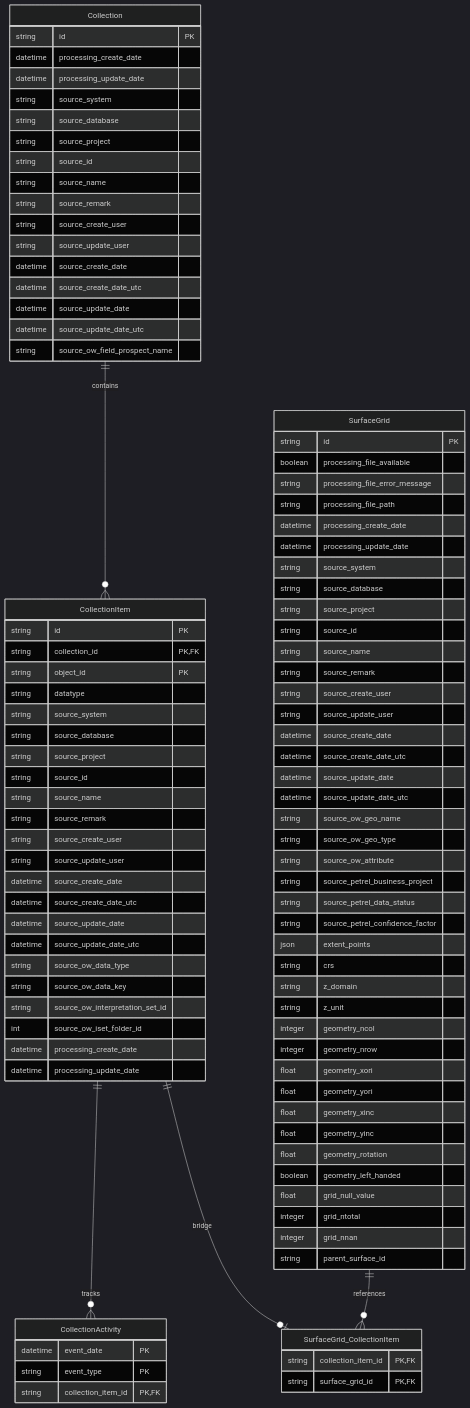
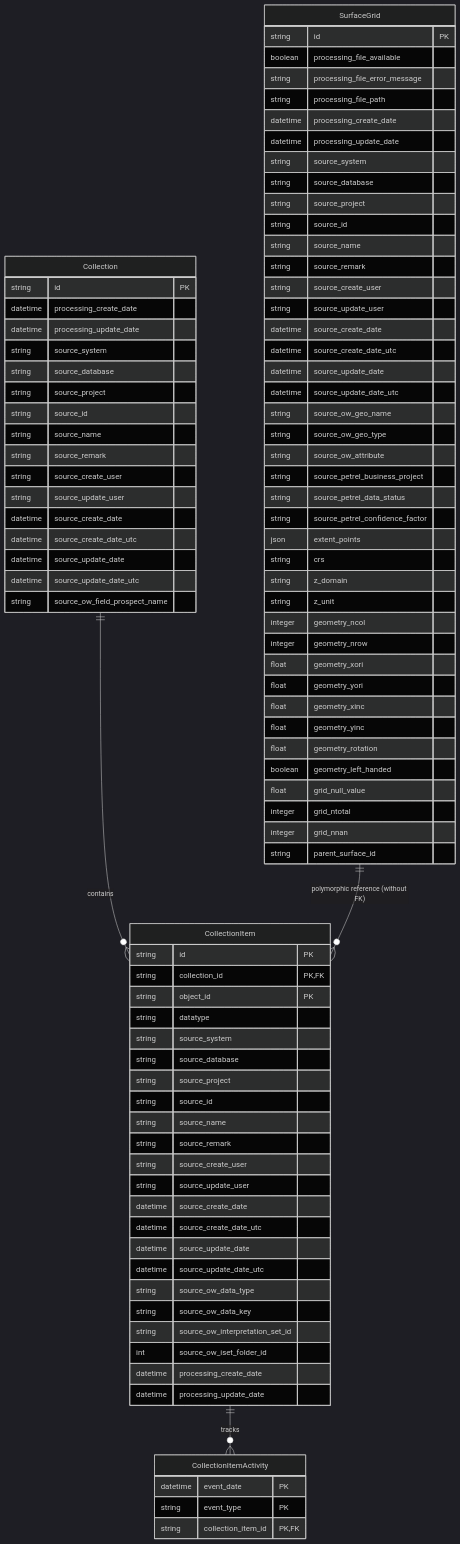
One commit to equinor/interpretation-models changed the diagram in docs/database_model.md. Above: the diagram before and after it, drawn with Mermaid (dark theme). The commit also changed 2 other files, not shown here.

Commit message:
fix: rename CollectionItemActivity (#29)
Renames CollectionActivity to CollectionItemActivity to better reflect the relationship of the table:
Also updates the DB diagram to reflect the removal of the bridge table SurfaceGrid_CollectionItem (keeping a polymorphic relationship between collectionitem and its object tables for each datatype)

````diff
--- a/docs/database_model.md
+++ b/docs/database_model.md
@@ -87,19 +87,13 @@
         datetime processing_update_date
     }
 
-    CollectionActivity {
+    CollectionItemActivity {
         datetime event_date PK
         string event_type PK
         string collection_item_id PK, FK
     }
 
-    SurfaceGrid_CollectionItem {
-        string collection_item_id PK, FK
-        string surface_grid_id PK, FK
-    }
-
     Collection ||--o{ CollectionItem : "contains"
-    CollectionItem ||--o{ CollectionActivity : "tracks"
-    CollectionItem ||--o| SurfaceGrid_CollectionItem : "bridge"
-    SurfaceGrid ||--o{ SurfaceGrid_CollectionItem : "references"
+    CollectionItem ||--o{ CollectionItemActivity : "tracks"
+    SurfaceGrid ||--o{ CollectionItem : "polymorphic reference (without FK)"
 ```
````
